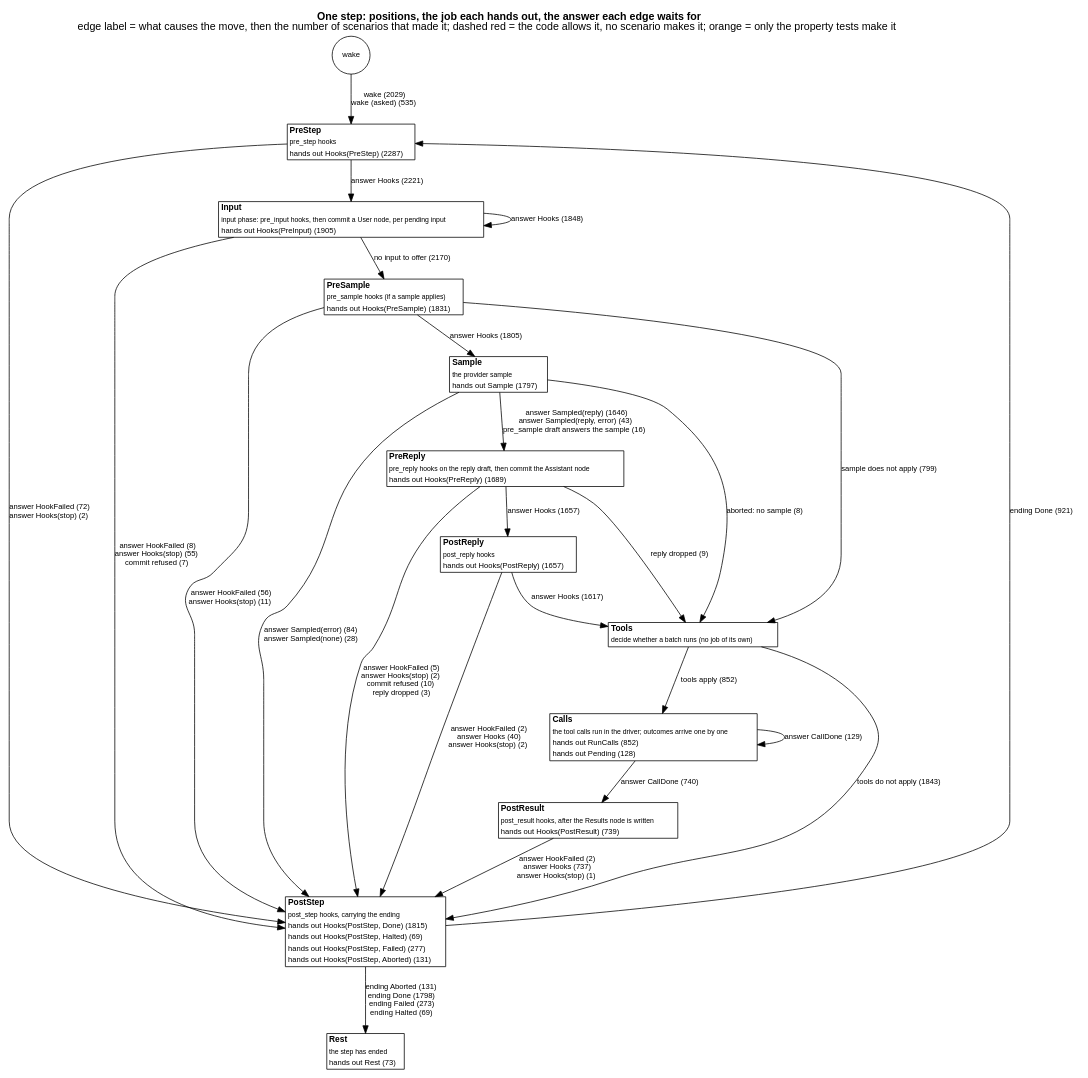
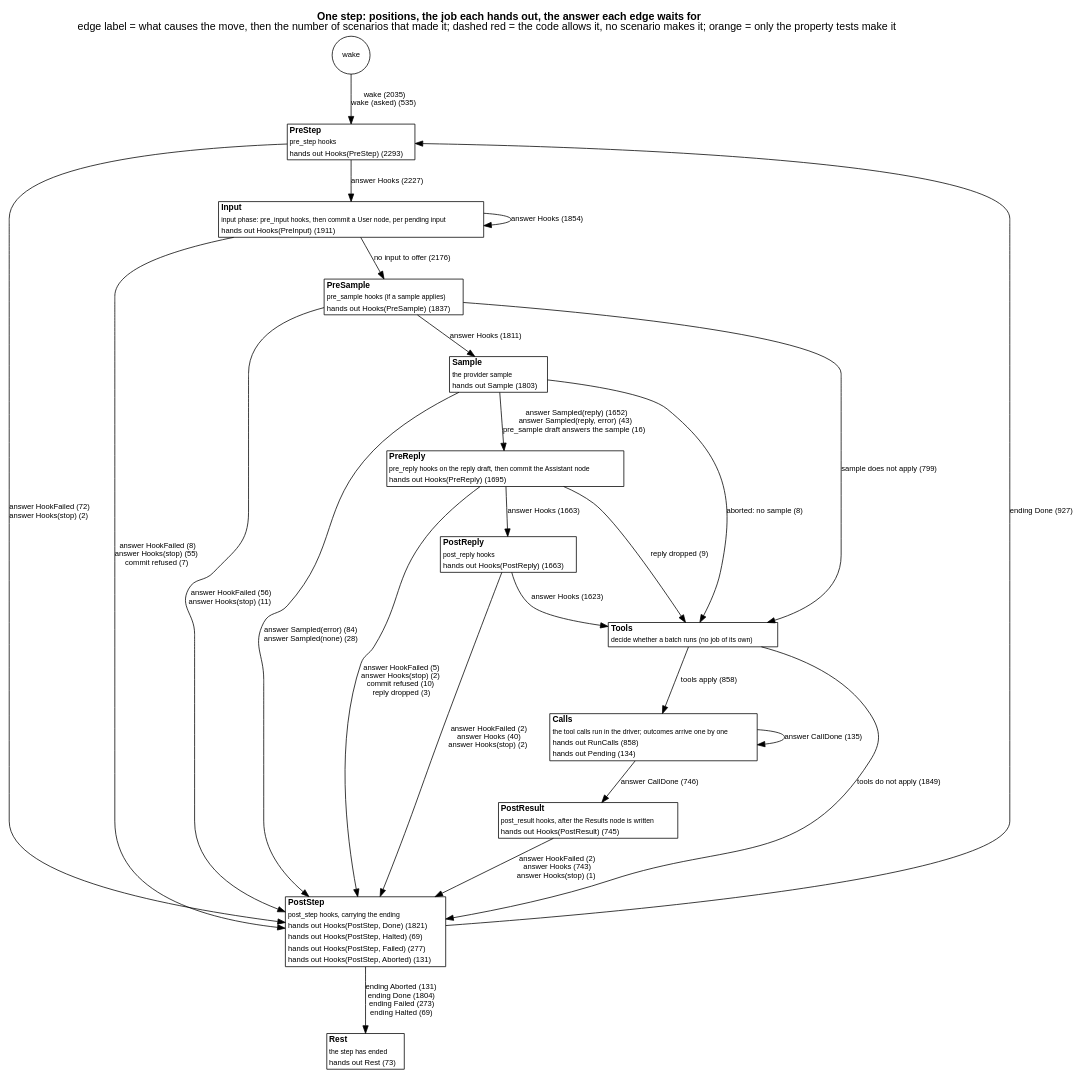
One commit to jmccardle/tau changed the diagram in docs/as-built/diagrams/step-positions.dot. Above: the diagram before and after it, drawn with Graphviz. The commit also changed 2 other files, not shown here.

Commit message:
as-built diagrams: refreshed (the skill frontmatter tests add their runs)

```diff
--- a/docs/as-built/diagrams/step-positions.dot
+++ b/docs/as-built/diagrams/step-positions.dot
@@ -1,42 +1,42 @@
 // Generated by scripts/diagrams.sh from the test suites' transitions. Do not edit.
 digraph step_positions {
   graph [rankdir=TB, fontname="Helvetica", nodesep=0.5, ranksep=0.6, labelloc=t, label=<<b>One step: positions, the job each hands out, the answer each edge waits for</b><br/>edge label = what causes the move, then the number of scenarios that made it; dashed red = the code allows it, no scenario makes it; orange = only the property tests make it>];
   node [shape=plain, fontname="Helvetica", fontsize=11];
   edge [fontname="Helvetica", fontsize=10];
   "(wake)" [shape=circle, label="wake", fontsize=10];
-  "PreStep" [label=<<table border="1" cellborder="0" cellspacing="0" bgcolor="white"><tr><td align="left"><b>PreStep</b></td></tr><tr><td align="left"><font point-size="9">pre_step hooks</font></td></tr><tr><td align="left"><font color="black" point-size="10">hands out Hooks(PreStep) (2287)</font></td></tr></table>>];
-  "Input" [label=<<table border="1" cellborder="0" cellspacing="0" bgcolor="white"><tr><td align="left"><b>Input</b></td></tr><tr><td align="left"><font point-size="9">input phase: pre_input hooks, then commit a User node, per pending input</font></td></tr><tr><td align="left"><font color="black" point-size="10">hands out Hooks(PreInput) (1905)</font></td></tr></table>>];
-  "PreSample" [label=<<table border="1" cellborder="0" cellspacing="0" bgcolor="white"><tr><td align="left"><b>PreSample</b></td></tr><tr><td align="left"><font point-size="9">pre_sample hooks (if a sample applies)</font></td></tr><tr><td align="left"><font color="black" point-size="10">hands out Hooks(PreSample) (1831)</font></td></tr></table>>];
-  "Sample" [label=<<table border="1" cellborder="0" cellspacing="0" bgcolor="white"><tr><td align="left"><b>Sample</b></td></tr><tr><td align="left"><font point-size="9">the provider sample</font></td></tr><tr><td align="left"><font color="black" point-size="10">hands out Sample (1797)</font></td></tr></table>>];
-  "PreReply" [label=<<table border="1" cellborder="0" cellspacing="0" bgcolor="white"><tr><td align="left"><b>PreReply</b></td></tr><tr><td align="left"><font point-size="9">pre_reply hooks on the reply draft, then commit the Assistant node</font></td></tr><tr><td align="left"><font color="black" point-size="10">hands out Hooks(PreReply) (1689)</font></td></tr></table>>];
-  "PostReply" [label=<<table border="1" cellborder="0" cellspacing="0" bgcolor="white"><tr><td align="left"><b>PostReply</b></td></tr><tr><td align="left"><font point-size="9">post_reply hooks</font></td></tr><tr><td align="left"><font color="black" point-size="10">hands out Hooks(PostReply) (1657)</font></td></tr></table>>];
+  "PreStep" [label=<<table border="1" cellborder="0" cellspacing="0" bgcolor="white"><tr><td align="left"><b>PreStep</b></td></tr><tr><td align="left"><font point-size="9">pre_step hooks</font></td></tr><tr><td align="left"><font color="black" point-size="10">hands out Hooks(PreStep) (2293)</font></td></tr></table>>];
+  "Input" [label=<<table border="1" cellborder="0" cellspacing="0" bgcolor="white"><tr><td align="left"><b>Input</b></td></tr><tr><td align="left"><font point-size="9">input phase: pre_input hooks, then commit a User node, per pending input</font></td></tr><tr><td align="left"><font color="black" point-size="10">hands out Hooks(PreInput) (1911)</font></td></tr></table>>];
+  "PreSample" [label=<<table border="1" cellborder="0" cellspacing="0" bgcolor="white"><tr><td align="left"><b>PreSample</b></td></tr><tr><td align="left"><font point-size="9">pre_sample hooks (if a sample applies)</font></td></tr><tr><td align="left"><font color="black" point-size="10">hands out Hooks(PreSample) (1837)</font></td></tr></table>>];
+  "Sample" [label=<<table border="1" cellborder="0" cellspacing="0" bgcolor="white"><tr><td align="left"><b>Sample</b></td></tr><tr><td align="left"><font point-size="9">the provider sample</font></td></tr><tr><td align="left"><font color="black" point-size="10">hands out Sample (1803)</font></td></tr></table>>];
+  "PreReply" [label=<<table border="1" cellborder="0" cellspacing="0" bgcolor="white"><tr><td align="left"><b>PreReply</b></td></tr><tr><td align="left"><font point-size="9">pre_reply hooks on the reply draft, then commit the Assistant node</font></td></tr><tr><td align="left"><font color="black" point-size="10">hands out Hooks(PreReply) (1695)</font></td></tr></table>>];
+  "PostReply" [label=<<table border="1" cellborder="0" cellspacing="0" bgcolor="white"><tr><td align="left"><b>PostReply</b></td></tr><tr><td align="left"><font point-size="9">post_reply hooks</font></td></tr><tr><td align="left"><font color="black" point-size="10">hands out Hooks(PostReply) (1663)</font></td></tr></table>>];
   "Tools" [label=<<table border="1" cellborder="0" cellspacing="0" bgcolor="white"><tr><td align="left"><b>Tools</b></td></tr><tr><td align="left"><font point-size="9">decide whether a batch runs (no job of its own)</font></td></tr></table>>];
-  "Calls" [label=<<table border="1" cellborder="0" cellspacing="0" bgcolor="white"><tr><td align="left"><b>Calls</b></td></tr><tr><td align="left"><font point-size="9">the tool calls run in the driver; outcomes arrive one by one</font></td></tr><tr><td align="left"><font color="black" point-size="10">hands out RunCalls (852)</font></td></tr><tr><td align="left"><font color="black" point-size="10">hands out Pending (128)</font></td></tr></table>>];
-  "PostResult" [label=<<table border="1" cellborder="0" cellspacing="0" bgcolor="white"><tr><td align="left"><b>PostResult</b></td></tr><tr><td align="left"><font point-size="9">post_result hooks, after the Results node is written</font></td></tr><tr><td align="left"><font color="black" point-size="10">hands out Hooks(PostResult) (739)</font></td></tr></table>>];
-  "PostStep" [label=<<table border="1" cellborder="0" cellspacing="0" bgcolor="white"><tr><td align="left"><b>PostStep</b></td></tr><tr><td align="left"><font point-size="9">post_step hooks, carrying the ending</font></td></tr><tr><td align="left"><font color="black" point-size="10">hands out Hooks(PostStep, Done) (1815)</font></td></tr><tr><td align="left"><font color="black" point-size="10">hands out Hooks(PostStep, Halted) (69)</font></td></tr><tr><td align="left"><font color="black" point-size="10">hands out Hooks(PostStep, Failed) (277)</font></td></tr><tr><td align="left"><font color="black" point-size="10">hands out Hooks(PostStep, Aborted) (131)</font></td></tr></table>>];
+  "Calls" [label=<<table border="1" cellborder="0" cellspacing="0" bgcolor="white"><tr><td align="left"><b>Calls</b></td></tr><tr><td align="left"><font point-size="9">the tool calls run in the driver; outcomes arrive one by one</font></td></tr><tr><td align="left"><font color="black" point-size="10">hands out RunCalls (858)</font></td></tr><tr><td align="left"><font color="black" point-size="10">hands out Pending (134)</font></td></tr></table>>];
+  "PostResult" [label=<<table border="1" cellborder="0" cellspacing="0" bgcolor="white"><tr><td align="left"><b>PostResult</b></td></tr><tr><td align="left"><font point-size="9">post_result hooks, after the Results node is written</font></td></tr><tr><td align="left"><font color="black" point-size="10">hands out Hooks(PostResult) (745)</font></td></tr></table>>];
+  "PostStep" [label=<<table border="1" cellborder="0" cellspacing="0" bgcolor="white"><tr><td align="left"><b>PostStep</b></td></tr><tr><td align="left"><font point-size="9">post_step hooks, carrying the ending</font></td></tr><tr><td align="left"><font color="black" point-size="10">hands out Hooks(PostStep, Done) (1821)</font></td></tr><tr><td align="left"><font color="black" point-size="10">hands out Hooks(PostStep, Halted) (69)</font></td></tr><tr><td align="left"><font color="black" point-size="10">hands out Hooks(PostStep, Failed) (277)</font></td></tr><tr><td align="left"><font color="black" point-size="10">hands out Hooks(PostStep, Aborted) (131)</font></td></tr></table>>];
   "Rest" [label=<<table border="1" cellborder="0" cellspacing="0" bgcolor="white"><tr><td align="left"><b>Rest</b></td></tr><tr><td align="left"><font point-size="9">the step has ended</font></td></tr><tr><td align="left"><font color="black" point-size="10">hands out Rest (73)</font></td></tr></table>>];
-  "(wake)" -> "PreStep" [label=<wake (2029)<br/>wake (asked) (535)>, color="black", style=solid];
-  "Calls" -> "Calls" [label=<answer CallDone (129)>, color="black", style=solid];
-  "Calls" -> "PostResult" [label=<answer CallDone (740)>, color="black", style=solid];
-  "Input" -> "Input" [label=<answer Hooks (1848)>, color="black", style=solid];
+  "(wake)" -> "PreStep" [label=<wake (2035)<br/>wake (asked) (535)>, color="black", style=solid];
+  "Calls" -> "Calls" [label=<answer CallDone (135)>, color="black", style=solid];
+  "Calls" -> "PostResult" [label=<answer CallDone (746)>, color="black", style=solid];
+  "Input" -> "Input" [label=<answer Hooks (1854)>, color="black", style=solid];
   "Input" -> "PostStep" [label=<answer HookFailed (8)<br/>answer Hooks(stop) (55)<br/>commit refused (7)>, color="black", style=solid];
-  "Input" -> "PreSample" [label=<no input to offer (2170)>, color="black", style=solid];
+  "Input" -> "PreSample" [label=<no input to offer (2176)>, color="black", style=solid];
   "PostReply" -> "PostStep" [label=<answer HookFailed (2)<br/>answer Hooks (40)<br/>answer Hooks(stop) (2)>, color="black", style=solid];
-  "PostReply" -> "Tools" [label=<answer Hooks (1617)>, color="black", style=solid];
-  "PostResult" -> "PostStep" [label=<answer HookFailed (2)<br/>answer Hooks (737)<br/>answer Hooks(stop) (1)>, color="black", style=solid];
-  "PostStep" -> "PreStep" [label=<ending Done (921)>, color="black", style=solid];
-  "PostStep" -> "Rest" [label=<ending Aborted (131)<br/>ending Done (1798)<br/>ending Failed (273)<br/>ending Halted (69)>, color="black", style=solid];
-  "PreReply" -> "PostReply" [label=<answer Hooks (1657)>, color="black", style=solid];
+  "PostReply" -> "Tools" [label=<answer Hooks (1623)>, color="black", style=solid];
+  "PostResult" -> "PostStep" [label=<answer HookFailed (2)<br/>answer Hooks (743)<br/>answer Hooks(stop) (1)>, color="black", style=solid];
+  "PostStep" -> "PreStep" [label=<ending Done (927)>, color="black", style=solid];
+  "PostStep" -> "Rest" [label=<ending Aborted (131)<br/>ending Done (1804)<br/>ending Failed (273)<br/>ending Halted (69)>, color="black", style=solid];
+  "PreReply" -> "PostReply" [label=<answer Hooks (1663)>, color="black", style=solid];
   "PreReply" -> "PostStep" [label=<answer HookFailed (5)<br/>answer Hooks(stop) (2)<br/>commit refused (10)<br/>reply dropped (3)>, color="black", style=solid];
   "PreReply" -> "Tools" [label=<reply dropped (9)>, color="black", style=solid];
   "PreSample" -> "PostStep" [label=<answer HookFailed (56)<br/>answer Hooks(stop) (11)>, color="black", style=solid];
-  "PreSample" -> "Sample" [label=<answer Hooks (1805)>, color="black", style=solid];
+  "PreSample" -> "Sample" [label=<answer Hooks (1811)>, color="black", style=solid];
   "PreSample" -> "Tools" [label=<sample does not apply (799)>, color="black", style=solid];
-  "PreStep" -> "Input" [label=<answer Hooks (2221)>, color="black", style=solid];
+  "PreStep" -> "Input" [label=<answer Hooks (2227)>, color="black", style=solid];
   "PreStep" -> "PostStep" [label=<answer HookFailed (72)<br/>answer Hooks(stop) (2)>, color="black", style=solid];
   "Sample" -> "PostStep" [label=<answer Sampled(error) (84)<br/>answer Sampled(none) (28)>, color="black", style=solid];
-  "Sample" -> "PreReply" [label=<answer Sampled(reply) (1646)<br/>answer Sampled(reply, error) (43)<br/>pre_sample draft answers the sample (16)>, color="black", style=solid];
+  "Sample" -> "PreReply" [label=<answer Sampled(reply) (1652)<br/>answer Sampled(reply, error) (43)<br/>pre_sample draft answers the sample (16)>, color="black", style=solid];
   "Sample" -> "Tools" [label=<aborted: no sample (8)>, color="black", style=solid];
-  "Tools" -> "Calls" [label=<tools apply (852)>, color="black", style=solid];
-  "Tools" -> "PostStep" [label=<tools do not apply (1843)>, color="black", style=solid];
+  "Tools" -> "Calls" [label=<tools apply (858)>, color="black", style=solid];
+  "Tools" -> "PostStep" [label=<tools do not apply (1849)>, color="black", style=solid];
 }
```
